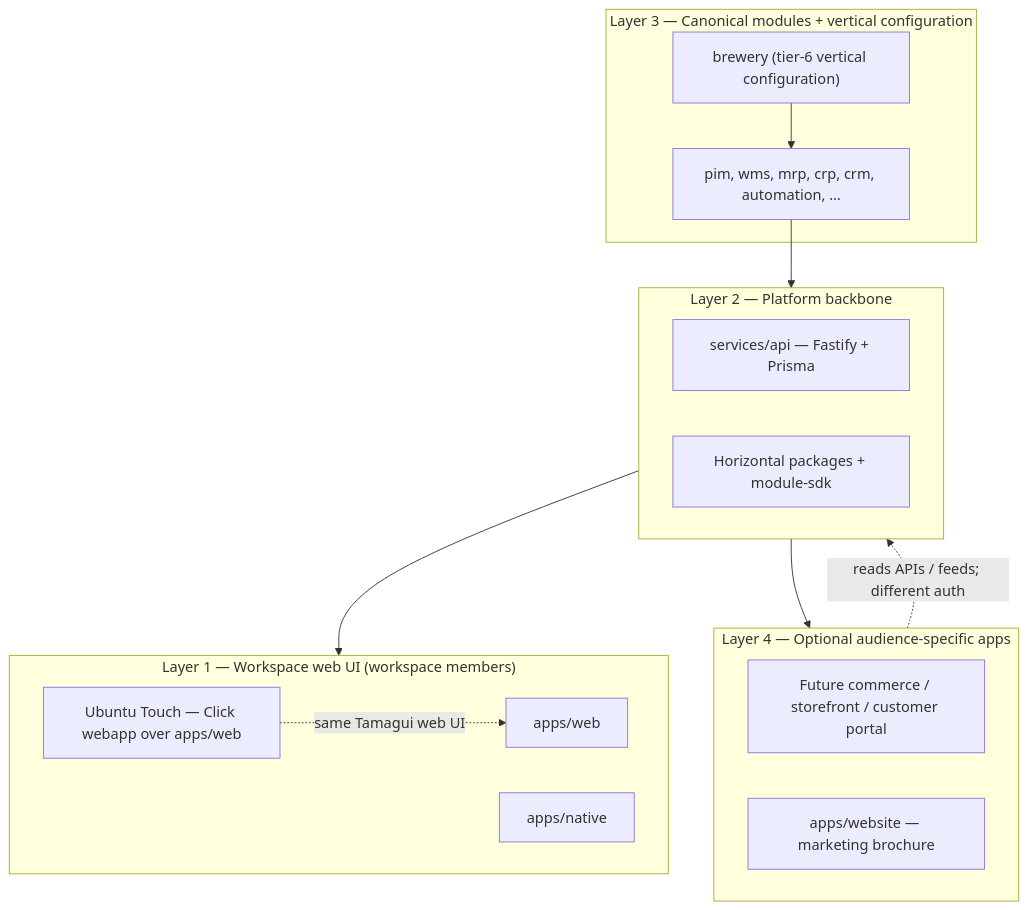
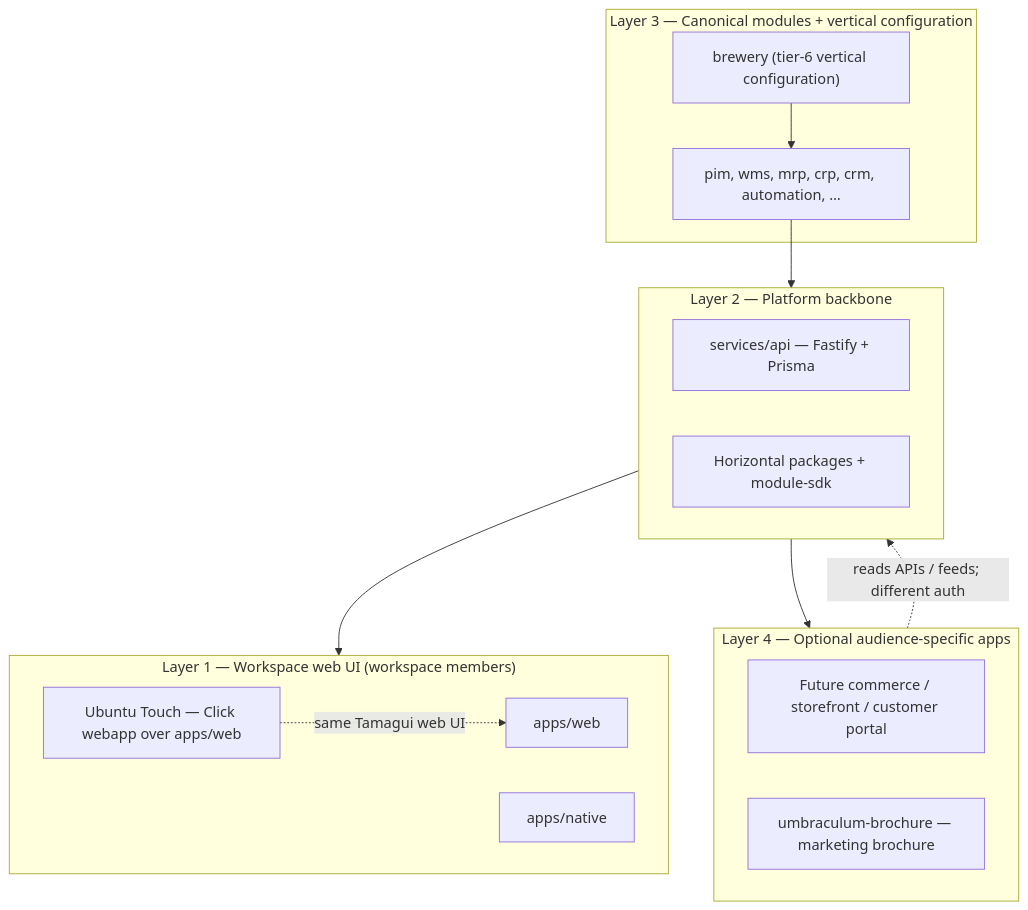
One commit to umbraculum-dev/umbraculum-dev changed the diagram in docs/design/application-surfaces-vs-platform-backbone.md. Above: the diagram before and after it, drawn with Mermaid. The commit also changed other lines of this file and 38 other files, not shown here.

First line of the commit message:
Extract brochure to umbraculum-brochure sister repo.

````diff
--- a/docs/design/application-surfaces-vs-platform-backbone.md
+++ b/docs/design/application-surfaces-vs-platform-backbone.md
@@ -26,30 +26,30 @@
 ```mermaid
 flowchart TB
   subgraph audience4["Layer 4 — Optional audience-specific apps"]
     storefront["Future commerce / storefront / customer portal"]
-    brochure["apps/website — marketing brochure"]
+    brochure["umbraculum-brochure — marketing brochure"]
   end
 
   subgraph audience1["Layer 1 — Workspace web UI (workspace members)"]
     web["apps/web"]
     native["apps/native"]
     ut["Ubuntu Touch — Click webapp over apps/web"]
   end
 
   subgraph modules["Layer 3 — Canonical modules + vertical configuration"]
     canonical["pim, wms, mrp, crp, crm, automation, …"]
     vertical["brewery (tier-6 vertical configuration)"]
   end
 
   subgraph backbone["Layer 2 — Platform backbone"]
     api["services/api — Fastify + Prisma"]
     horizontal["Horizontal packages + module-sdk"]
   end
 
   vertical --> canonical
   canonical --> backbone
   backbone --> audience1
   ut -.->|"same Tamagui web UI"| web
   backbone --> audience4
   audience4 -.->|"reads APIs / feeds; different auth"| backbone
 ```
````
